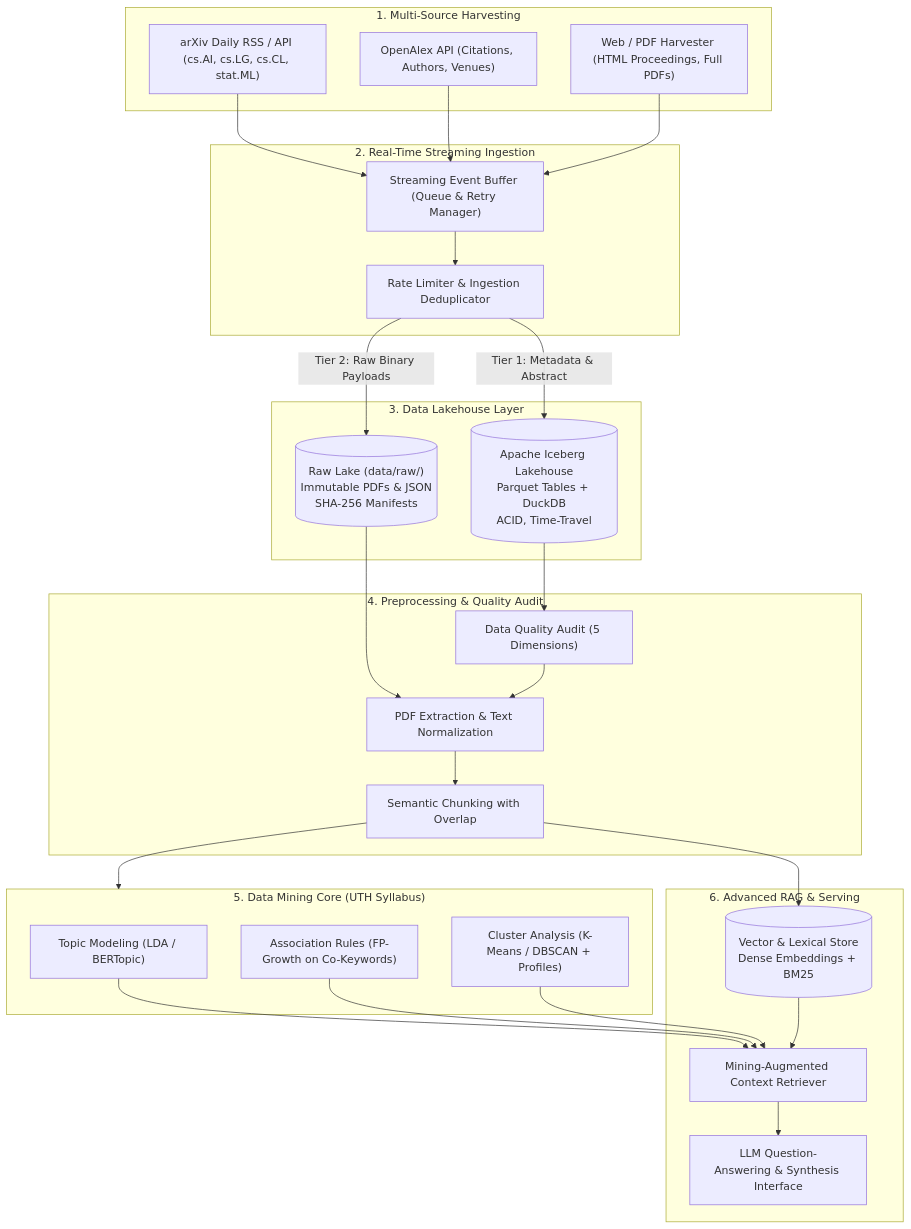
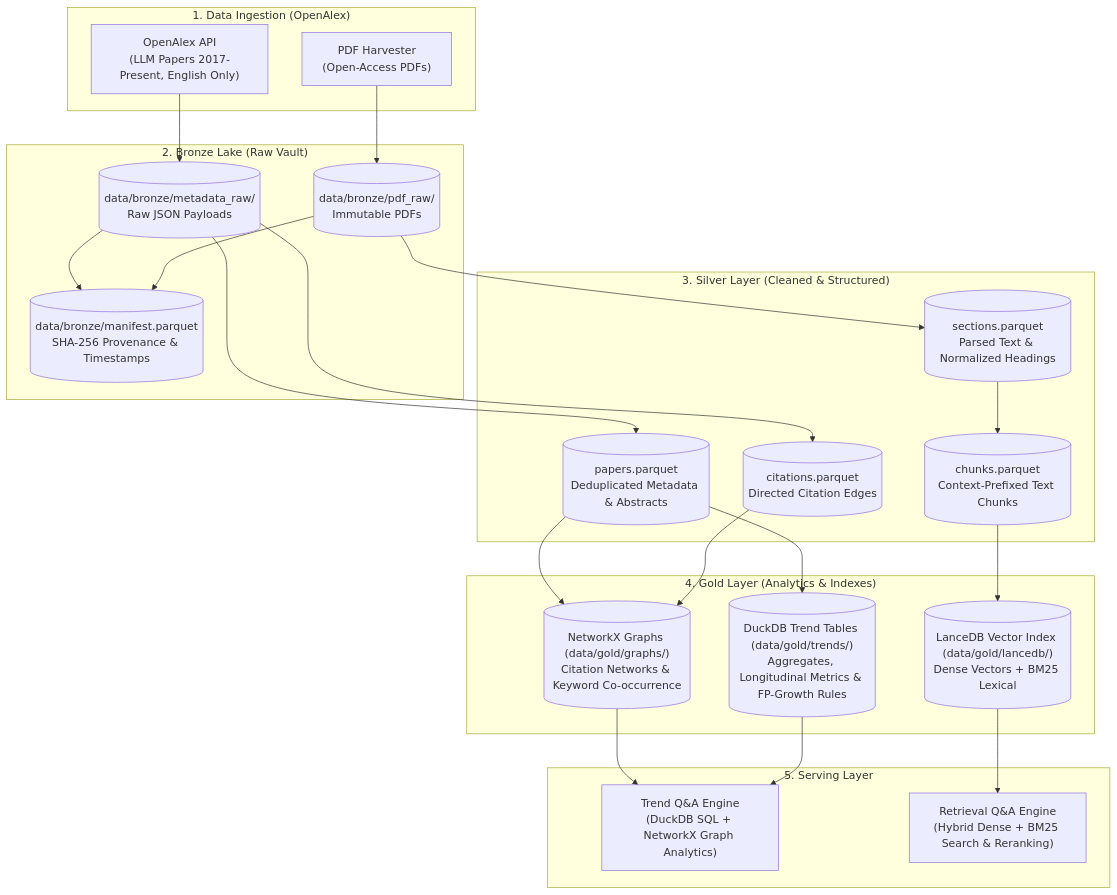
Before and after one commit to zombieTDV/DATA-MINING-UTH: the diagram in README.md, drawn with Mermaid. The commit also changed other lines of this file and 9 other files, not shown here.

````diff
--- a/README.md
+++ b/README.md
@@ -58,54 +65,50 @@
 ```mermaid
 flowchart TD
-    subgraph SOURCES["1. Multi-Source Harvesting"]
-        S1["arXiv Daily RSS / API (cs.AI, cs.LG, cs.CL, stat.ML)"]
-        S2["OpenAlex API (Citations, Authors, Venues)"]
-        S3["Web / PDF Harvester (HTML Proceedings, Full PDFs)"]
+    subgraph SOURCES["1. Data Ingestion (OpenAlex)"]
+        S1["OpenAlex API\n(LLM Papers 2017-Present, English Only)"]
+        S2["PDF Harvester\n(Open-Access PDFs)"]
     end
 
-    subgraph STREAM["2. Real-Time Streaming Ingestion"]
-        Q1["Streaming Event Buffer (Queue & Retry Manager)"]
-        Q2["Rate Limiter & Ingestion Deduplicator"]
+    subgraph BRONZE["2. Bronze Lake (Raw Vault)"]
+        B1[("data/bronze/metadata_raw/\nRaw JSON Payloads")]
+        B2[("data/bronze/pdf_raw/\nImmutable PDFs")]
+        B3[("data/bronze/manifest.parquet\nSHA-256 Provenance & Timestamps")]
     end
 
-    subgraph STORAGE["3. Data Lakehouse Layer"]
-        L1[("Raw Lake (data/raw/)\nImmutable PDFs & JSON\nSHA-256 Manifests")]
-        L2[("Apache Iceberg Lakehouse\nParquet Tables + DuckDB\nACID, Time-Travel")]
+    subgraph SILVER["3. Silver Layer (Cleaned & Structured)"]
+        SV1[("papers.parquet\nDeduplicated Metadata & Abstracts")]
+        SV2[("citations.parquet\nDirected Citation Edges")]
+        SV3[("sections.parquet\nParsed Text & Normalized Headings")]
+        SV4[("chunks.parquet\nContext-Prefixed Text Chunks")]
     end
 
-    subgraph PREP["4. Preprocessing & Quality Audit"]
-        P1["Data Quality Audit (5 Dimensions)"]
-        P2["PDF Extraction & Text Normalization"]
-        P3["Semantic Chunking with Overlap"]
+    subgraph GOLD["4. Gold Layer (Analytics & Indexes)"]
+        G1[("NetworkX Graphs (data/gold/graphs/)\nCitation Networks & Keyword Co-occurrence")]
+        G2[("DuckDB Trend Tables (data/gold/trends/)\nAggregates, Longitudinal Metrics & FP-Growth Rules")]
+        G3[("LanceDB Vector Index (data/gold/lancedb/)\nDense Vectors + BM25 Lexical")]
     end
 
-    subgraph MINING["5. Data Mining Core (UTH Syllabus)"]
-        M1["Topic Modeling (LDA / BERTopic)"]
-        M2["Association Rules (FP-Growth on Co-Keywords)"]
-        M3["Cluster Analysis (K-Means / DBSCAN + Profiles)"]
+    subgraph SERVING["5. Serving Layer"]
+        SRV1["Trend Q&A Engine\n(DuckDB SQL + NetworkX Graph Analytics)"]
+        SRV2["Retrieval Q&A Engine\n(Hybrid Dense + BM25 Search & Reranking)"]
     end
 
-    subgraph RAG["6. Advanced RAG & Serving"]
-        R1[("Vector & Lexical Store\nDense Embeddings + BM25")]
-        R2["Mining-Augmented Context Retriever"]
-        R3["LLM Question-Answering & Synthesis Interface"]
-    end
+    S1 --> B1
+    S2 --> B2
+    B1 --> B3
+    B2 --> B3
+    
+    B1 --> SV1
+    B1 --> SV2
+    B2 --> SV3
+    SV3 --> SV4
 
-    S1 --> Q1
-    S2 --> Q1
-    S3 --> Q1
-    Q1 --> Q2
-    Q2 -->|"Tier 1: Metadata & Abstract"| L2
-    Q2 -->|"Tier 2: Raw Binary Payloads"| L1
-    L1 --> P2
-    L2 --> P1
-    P1 --> P2
-    P2 --> P3
-    P3 --> R1
-    P3 --> MINING
-    M1 --> R2
-    M2 --> R2
-    M3 --> R2
-    R1 --> R2
-    R2 --> R3
+    SV1 --> G1
+    SV2 --> G1
+    SV1 --> G2
+    SV4 --> G3
+
+    G1 --> SRV1
+    G2 --> SRV1
+    G3 --> SRV2
 ```
````
